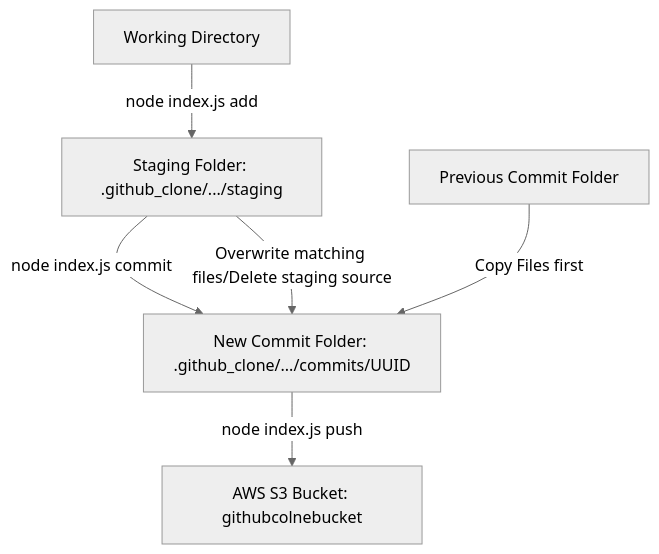
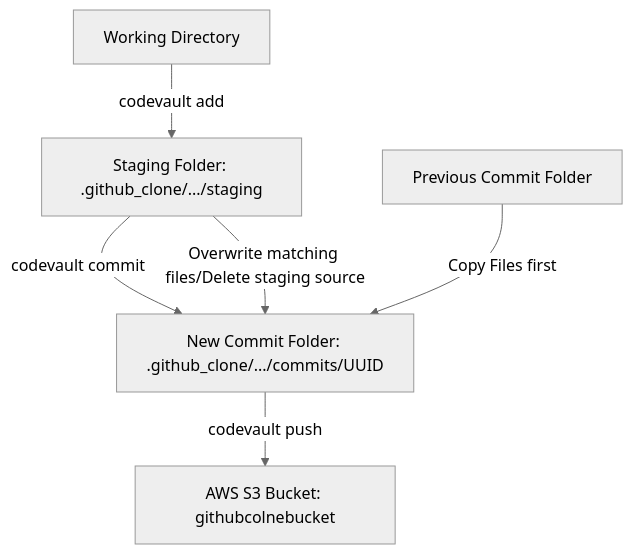
Before and after one commit to JasmitaVekariya/CodeVault: the diagram in implementation/commands.md, drawn with Mermaid (neutral theme). The commit also changed other lines of this file and 10 other files, not shown here.

````diff
--- a/implementation/commands.md
+++ b/implementation/commands.md
@@ -147,8 +169,8 @@
 ```mermaid
 graph TD
-    WorkingDir[Working Directory] -->|node index.js add| Staging[Staging Folder: .github_clone/.../staging]
-    Staging -->|node index.js commit| NewCommit[New Commit Folder: .github_clone/.../commits/UUID]
+    WorkingDir[Working Directory] -->|codevault add| Staging[Staging Folder: .github_clone/.../staging]
+    Staging -->|codevault commit| NewCommit[New Commit Folder: .github_clone/.../commits/UUID]
     PrevCommit[Previous Commit Folder] -->|Copy Files first| NewCommit
     Staging -->|Overwrite matching files/Delete staging source| NewCommit
-    NewCommit -->|node index.js push| S3Remote[AWS S3 Bucket: githubcolnebucket]
+    NewCommit -->|codevault push| S3Remote[AWS S3 Bucket: githubcolnebucket]
 ```
````
